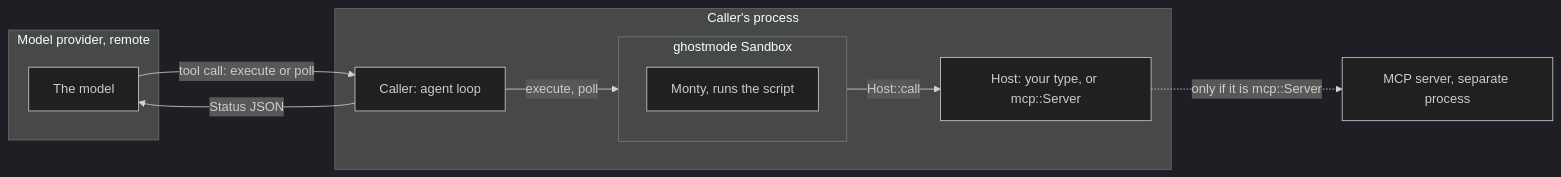
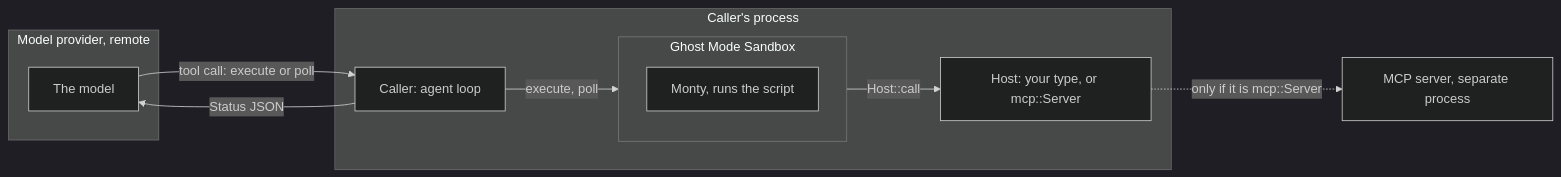
The diagram in assets/how-it-works.mmd (legend-of-alan/ghostmode), drawn with Mermaid (dark theme) before and after one commit. The commit also changed 3 other files, not shown here.

Commit message:
README: tighten Why Code Mode, casual voice, Ghost Mode name, echo tool returns an error for missing text

```diff
--- a/assets/how-it-works.mmd
+++ b/assets/how-it-works.mmd
@@ -1,17 +1,17 @@
 flowchart LR
     subgraph Provider["Model provider, remote"]
         Model["The model"]
     end
     subgraph App["Caller's process"]
         Caller["Caller: agent loop"]
-        subgraph GM["ghostmode Sandbox"]
+        subgraph GM["Ghost Mode Sandbox"]
             Monty["Monty, runs the script"]
         end
         Host["Host: your type, or mcp::Server"]
     end
     MCPS["MCP server, separate process"]
     Model -->|"tool call: execute or poll"| Caller
     Caller -->|"Status JSON"| Model
     Caller -->|"execute, poll"| GM
     GM -->|"Host::call"| Host
     Host -.->|"only if it is mcp::Server"| MCPS
```
